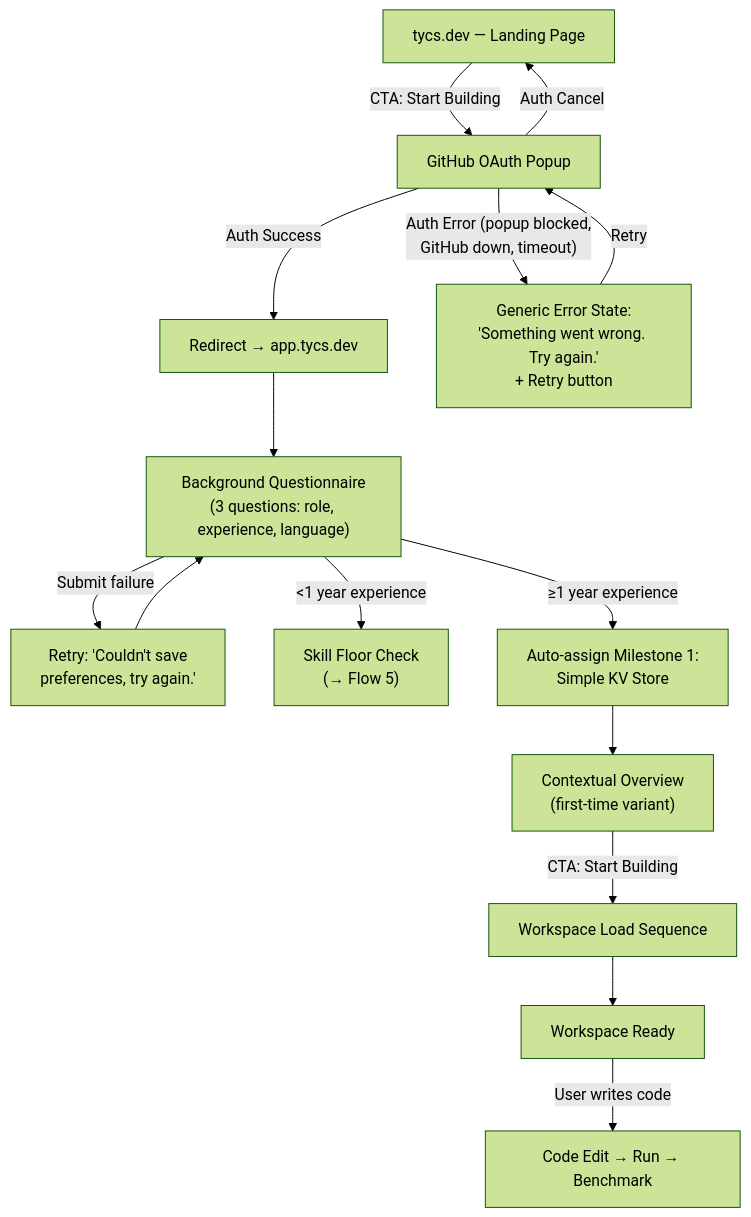
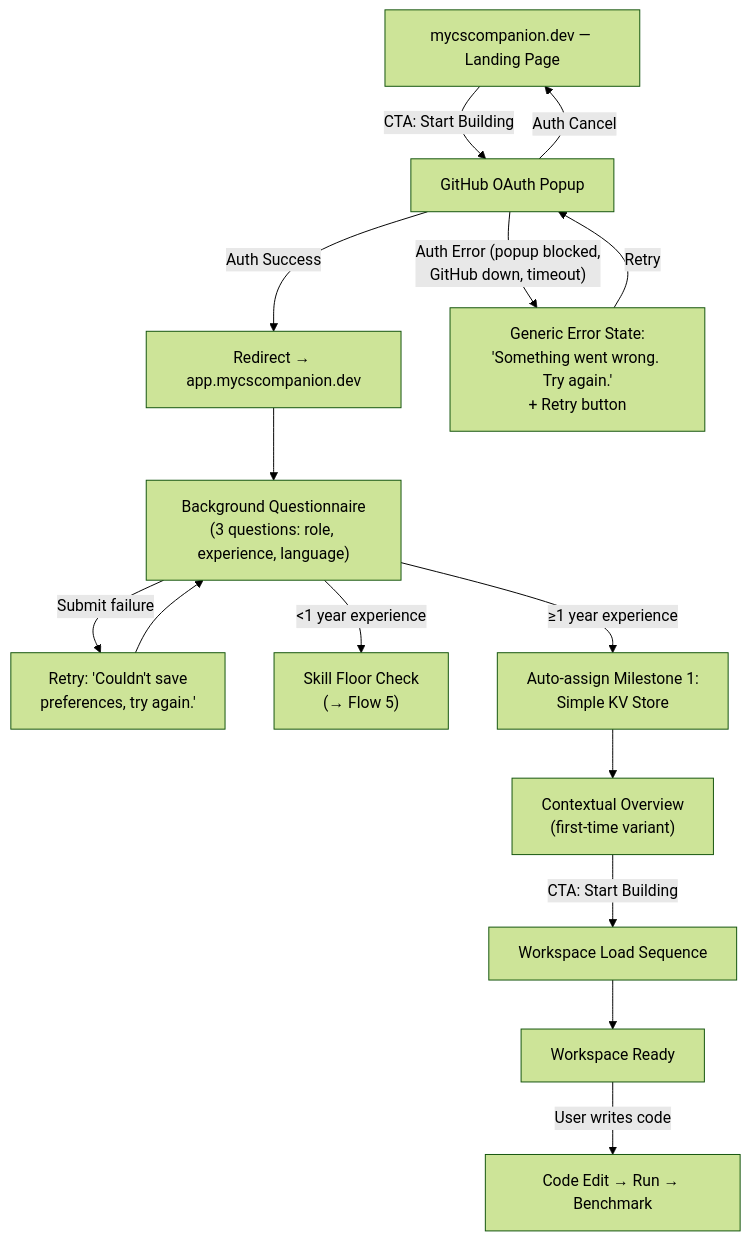
The first of 6 diagrams in _bmad-output/planning-artifacts/ux-design-specification.md (andukdahacker/tycs), drawn with Mermaid (forest theme) before and after one commit. The commit also changed other lines of this file and 63 other files, not shown here.

First line of the commit message:
Rename project from tycs to mycscompanion and create Story 2.1

````diff
--- a/_bmad-output/planning-artifacts/ux-design-specification.md
+++ b/_bmad-output/planning-artifacts/ux-design-specification.md
@@ -1049,17 +1049,17 @@
 ```mermaid
 flowchart TD
-    A["tycs.dev — Landing Page"] -->|"CTA: Start Building"| B["GitHub OAuth Popup"]
-    B -->|"Auth Success"| C["Redirect → app.tycs.dev"]
+    A["mycscompanion.dev — Landing Page"] -->|"CTA: Start Building"| B["GitHub OAuth Popup"]
+    B -->|"Auth Success"| C["Redirect → app.mycscompanion.dev"]
     B -->|"Auth Cancel"| A
     B -->|"Auth Error (popup blocked,<br/>GitHub down, timeout)"| ERR["Generic Error State:<br/>'Something went wrong. Try again.'<br/>+ Retry button"]
     ERR -->|"Retry"| B
     C --> D["Background Questionnaire<br/>(3 questions: role, experience, language)"]
     D -->|"Submit failure"| D_ERR["Retry: 'Couldn't save<br/>preferences, try again.'"]
     D_ERR --> D
     D -->|"<1 year experience"| E["Skill Floor Check<br/>(→ Flow 5)"]
     D -->|"≥1 year experience"| F["Auto-assign Milestone 1:<br/>Simple KV Store"]
     F --> G["Contextual Overview<br/>(first-time variant)"]
     G -->|"CTA: Start Building"| H["Workspace Load Sequence"]
     H --> I["Workspace Ready"]
     I -->|"User writes code"| J["Code Edit → Run → Benchmark"]
 ```
````
